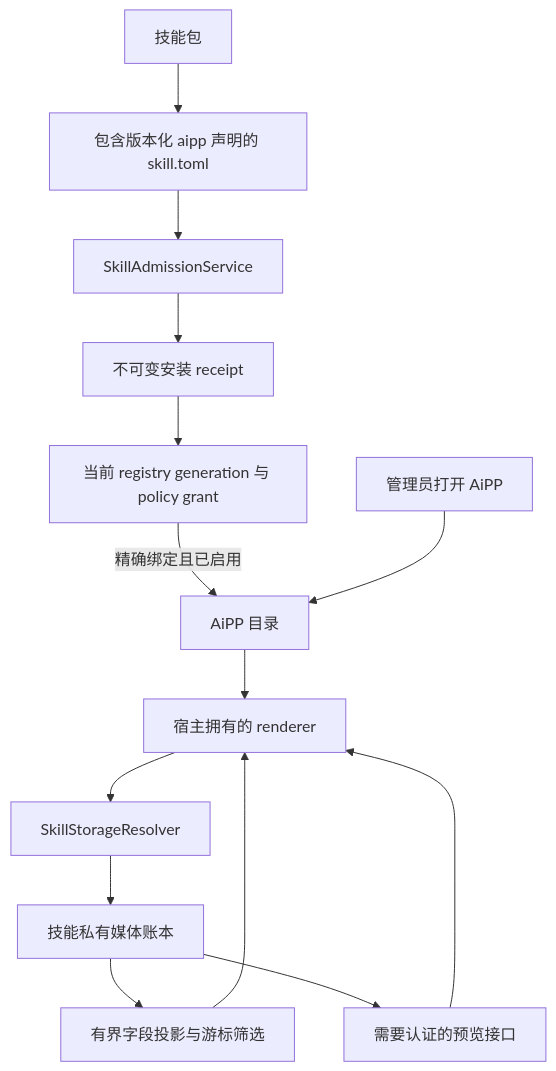
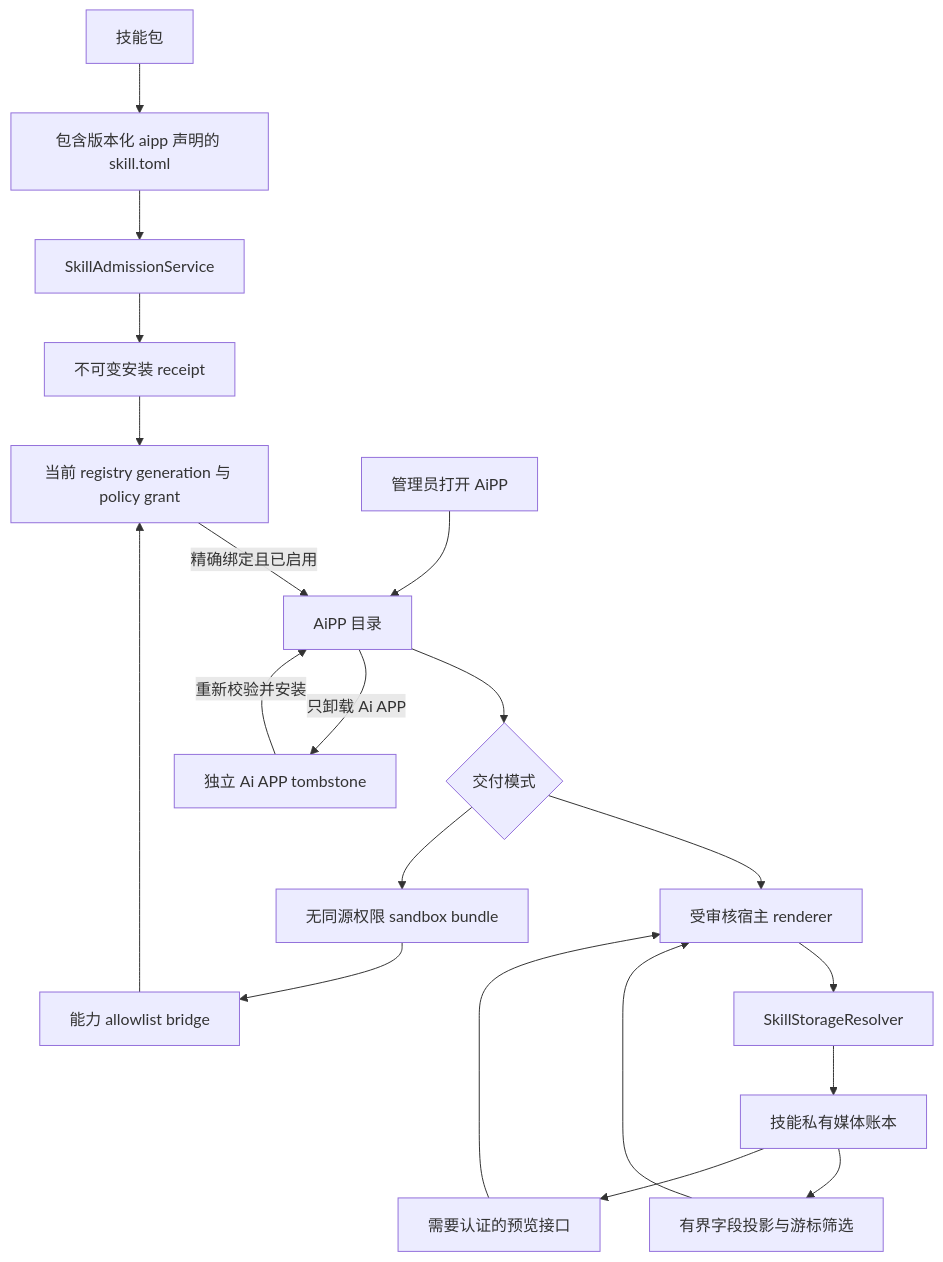
One commit to MatrixCoreX/RustClaw changed the diagram in docs/architecture/14-aipp-skill-companions.zh-CN.md. Above: the diagram before and after it, drawn with Mermaid. The commit also changed other lines of this file and 25 other files, not shown here.

````diff
--- a/docs/architecture/14-aipp-skill-companions.zh-CN.md
+++ b/docs/architecture/14-aipp-skill-companions.zh-CN.md
@@ -30,21 +31,28 @@
 ```mermaid
 flowchart TD
     P[技能包]
     M[包含版本化 aipp 声明的 skill.toml]
     A[SkillAdmissionService]
     R[不可变安装 receipt]
     G[当前 registry generation 与 policy grant]
     C[AiPP 目录]
     U[管理员打开 AiPP]
-    H[宿主拥有的 renderer]
+    H{交付模式}
+    HR[受审核宿主 renderer]
+    SB[无同源权限 sandbox bundle]
+    CB[能力 allowlist bridge]
     S[SkillStorageResolver]
     D[技能私有媒体账本]
     F[有界字段投影与游标筛选]
     V[需要认证的预览接口]
+    T[独立 Ai APP tombstone]
 
     P --> M --> A --> R --> G
     G -->|精确绑定且已启用| C
     U --> C --> H
-    H --> S --> D --> F --> H
-    D --> V --> H
+    H --> HR --> S --> D --> F --> HR
+    D --> V --> HR
+    H --> SB --> CB --> G
+    C -->|只卸载 Ai APP| T
+    T -->|重新校验并安装| C
 ```
````
